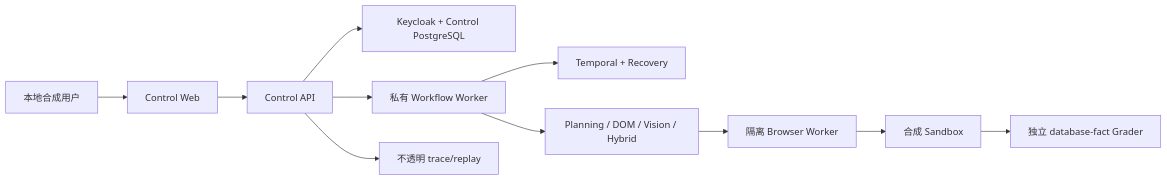
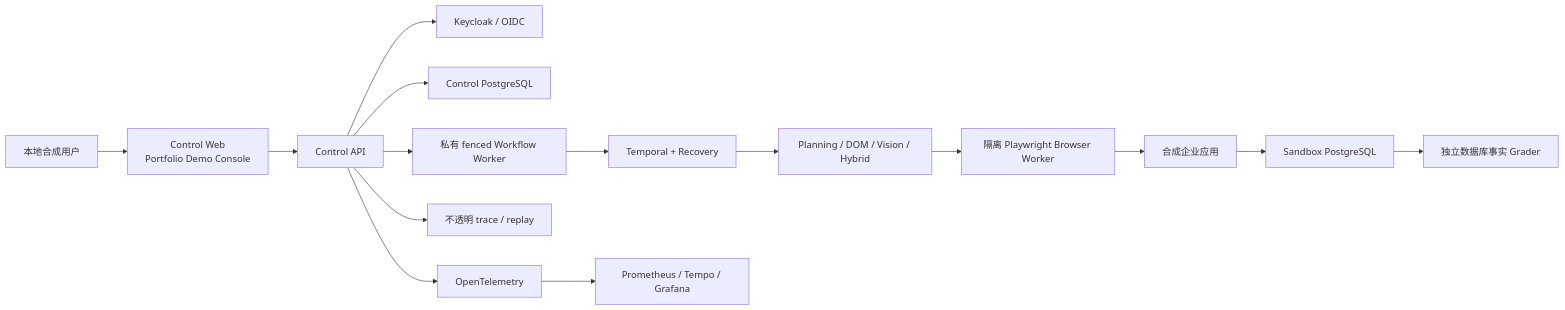
Before and after one commit to taka-wzx/flowpilot-arena: the diagram in README.zh-CN.md, drawn with Mermaid. The commit also changed other lines of this file and 1 other file, not shown here.

First line of the commit message:
feat(web): add W17 portfolio demo console

````diff
--- a/README.zh-CN.md
+++ b/README.zh-CN.md
@@ -23,13 +84,17 @@
-~~~mermaid
+```mermaid
 flowchart LR
-  U["本地合成用户"] --> Web["Control Web"]
-  Web --> API["Control API"]
-  API --> ID["Keycloak + Control PostgreSQL"]
-  API --> WF["私有 Workflow Worker"]
+  U["本地合成用户"] --> CW["Control Web\nPortfolio Demo Console"]
+  CW --> CA["Control API"]
+  CA --> ID["Keycloak / OIDC"]
+  CA --> CDB["Control PostgreSQL"]
+  CA --> WF["私有 fenced Workflow Worker"]
   WF --> T["Temporal + Recovery"]
-  WF --> PA["Planning / DOM / Vision / Hybrid"]
-  PA --> BW["隔离 Browser Worker"]
-  BW --> SB["合成 Sandbox"]
-  SB --> G["独立 database-fact Grader"]
-  API --> TR["不透明 trace/replay"]
-~~~
+  T --> PA["Planning / DOM / Vision / Hybrid"]
+  PA --> BW["隔离 Playwright Browser Worker"]
+  BW --> SA["合成企业应用"]
+  SA --> SDB["Sandbox PostgreSQL"]
+  SDB --> G["独立数据库事实 Grader"]
+  CA --> TR["不透明 trace / replay"]
+  CA --> OT["OpenTelemetry"]
+  OT --> OBS["Prometheus / Tempo / Grafana"]
+```
````
